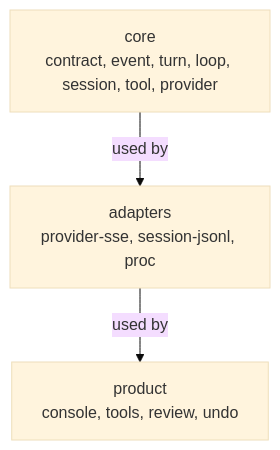
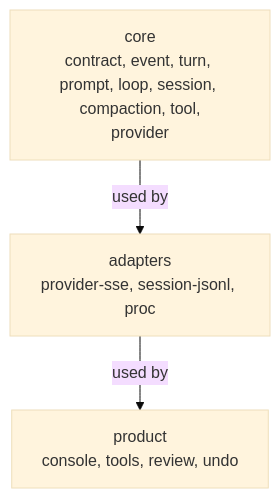
One commit to OverbearingPearl/pearl changed the first of 3 diagrams in docs/architecture.md. Above: the diagram before and after it, drawn with Mermaid (base theme). The commit also changed other lines of this file and 9 other files, not shown here.

First line of the commit message:
Split the prompt and the compaction out of the session

````diff
--- a/docs/architecture.md
+++ b/docs/architecture.md
@@ -54,7 +56,7 @@
 ```mermaid
 flowchart TB
-  core["core<br/>contract, event, turn, loop, session, tool, provider"]
+  core["core<br/>contract, event, turn, prompt, loop, session, compaction, tool,<br/>provider"]
   adapters["adapters<br/>provider-sse, session-jsonl, proc"]
   product["product<br/>console, tools, review, undo"]
   core -->|used by| adapters -->|used by| product
 ```
````
